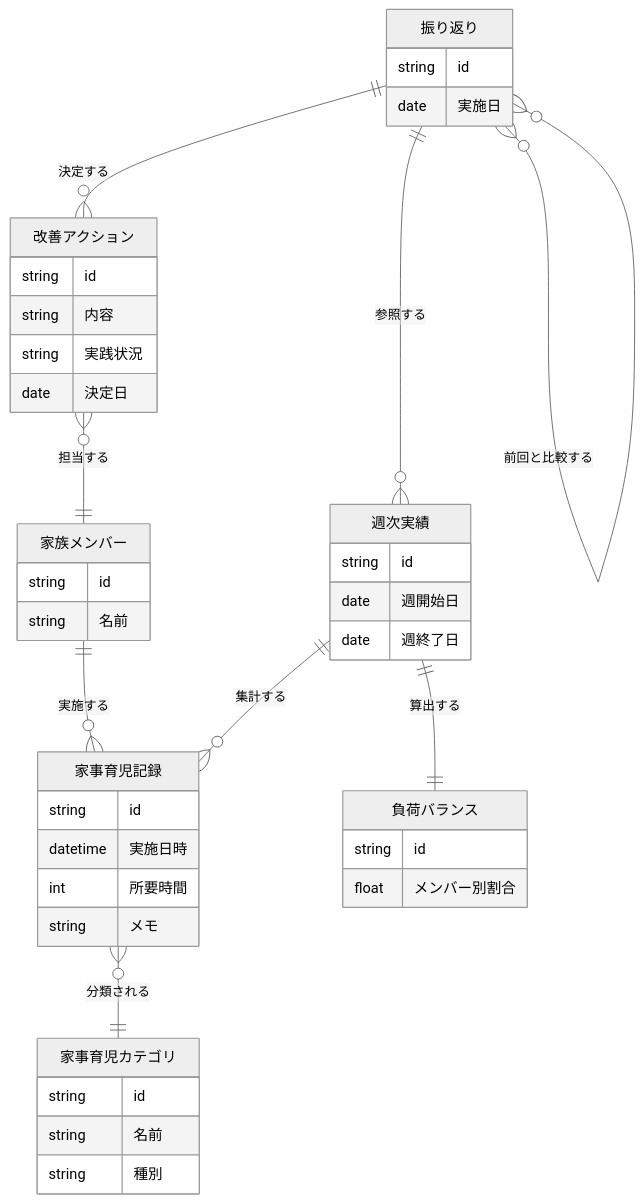
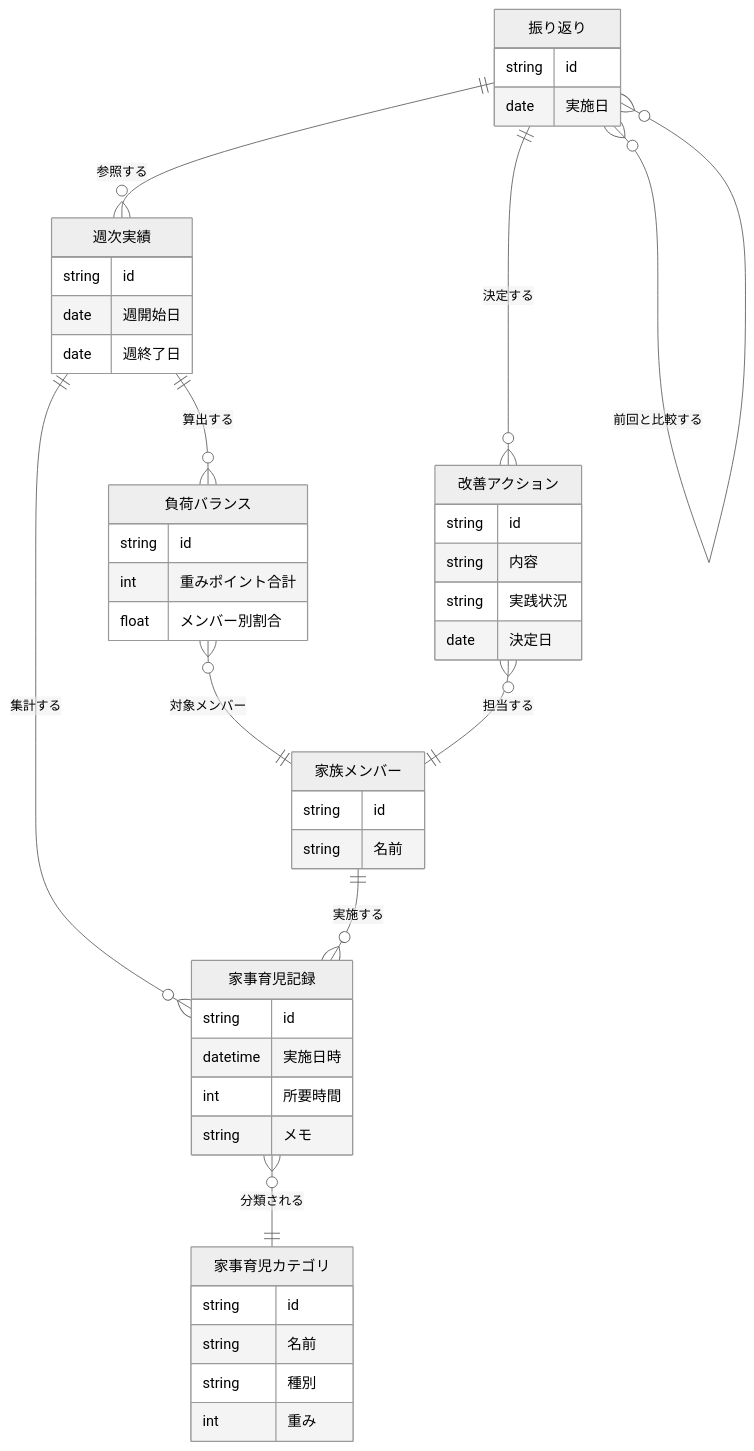
One commit to yoji-0716/domestic-postmortem changed the second of 2 diagrams in docs/design/domain-model.md. Above: the diagram before and after it, drawn with Mermaid (neutral theme). The commit also changed other lines of this file and 35 other files, not shown here.

````diff
--- a/docs/design/domain-model.md
+++ b/docs/design/domain-model.md
@@ -50,46 +53,49 @@
 ```mermaid
 erDiagram
     家族メンバー {
         string id
         string 名前
     }
     家事育児カテゴリ {
         string id
         string 名前
         string 種別
+        int 重み
     }
     家事育児記録 {
         string id
         datetime 実施日時
         int 所要時間
         string メモ
     }
     週次実績 {
         string id
         date 週開始日
         date 週終了日
     }
     負荷バランス {
         string id
+        int 重みポイント合計
         float メンバー別割合
     }
     改善アクション {
         string id
         string 内容
         string 実践状況
         date 決定日
     }
     振り返り {
         string id
         date 実施日
     }
 
     家族メンバー ||--o{ 家事育児記録 : "実施する"
     家事育児記録 }o--|| 家事育児カテゴリ : "分類される"
     週次実績 ||--o{ 家事育児記録 : "集計する"
-    週次実績 ||--|| 負荷バランス : "算出する"
+    週次実績 ||--o{ 負荷バランス : "算出する"
+    負荷バランス }o--|| 家族メンバー : "対象メンバー"
     振り返り ||--o{ 週次実績 : "参照する"
     振り返り ||--o{ 改善アクション : "決定する"
     振り返り }o--o{ 振り返り : "前回と比較する"
     改善アクション }o--|| 家族メンバー : "担当する"
 ```
````
